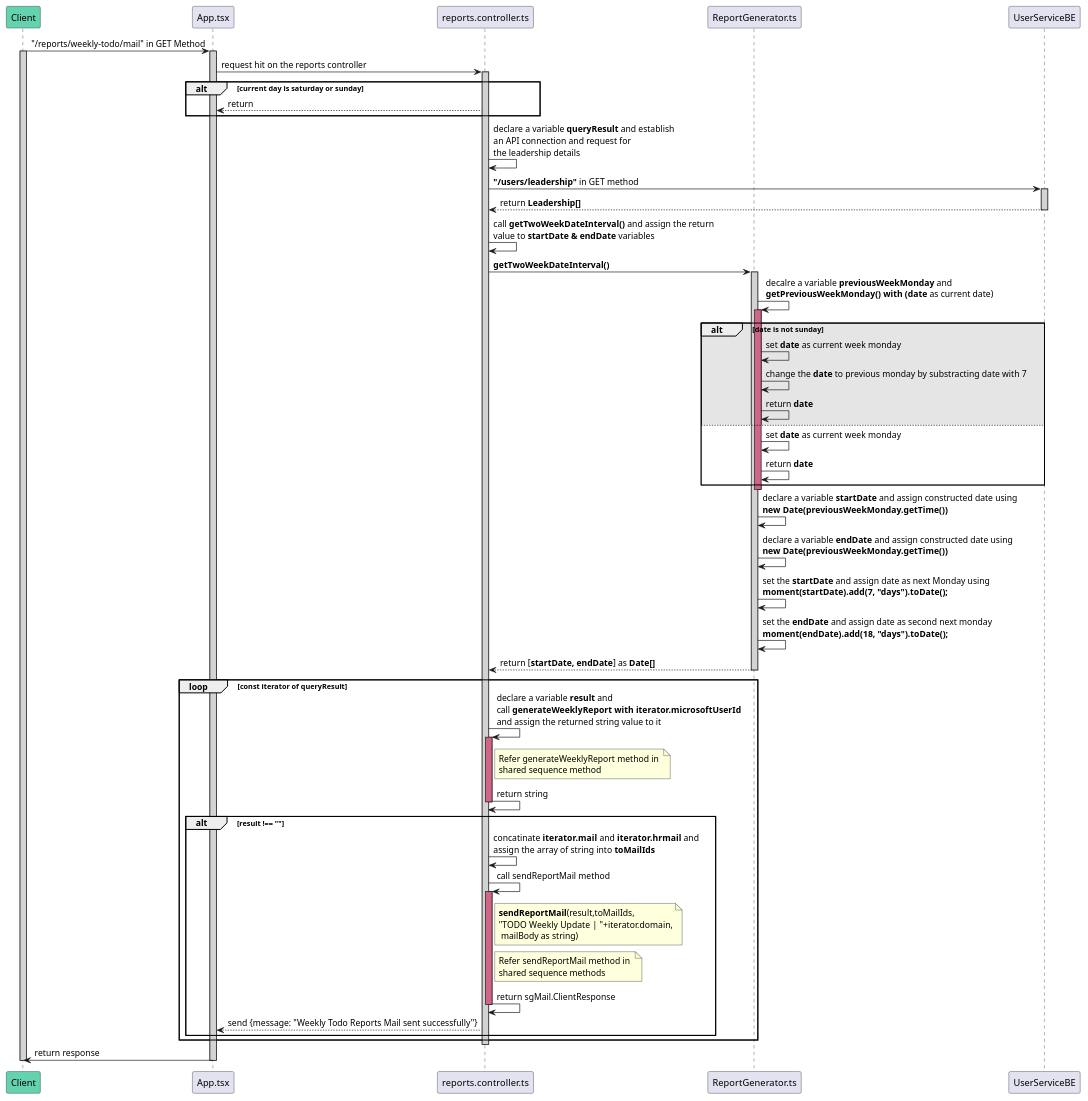
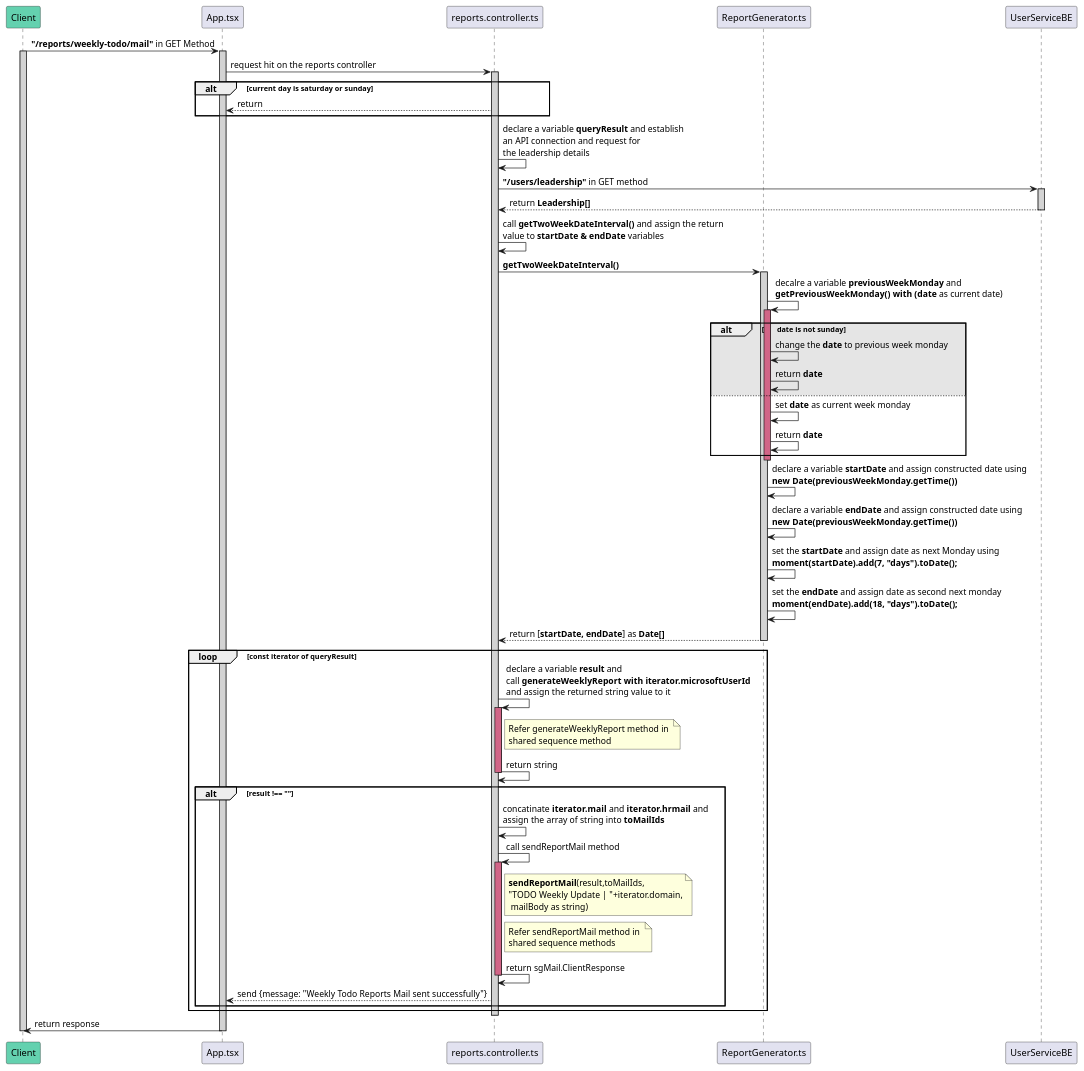
One commit to avasoft-mobility/workday-design changed the diagram in backend/services_design/report_service/sequence_diagram/weekly_todo_mail.sequence.puml. Above: the diagram before and after it, drawn with PlantUML. The commit also changed 1 other file, not shown here.

Commit message:
Change code into word in reports service

```diff
--- a/backend/services_design/report_service/sequence_diagram/weekly_todo_mail.sequence.puml
+++ b/backend/services_design/report_service/sequence_diagram/weekly_todo_mail.sequence.puml
@@ -1,69 +1,68 @@
 @startuml Weekly Todo Mail
 
 participant Client #64D1AF
 participant App.tsx
 participant reports.controller.ts
 participant ReportGenerator.ts
 
-Client -> App.tsx : "/reports/weekly-todo/mail" in GET Method
+Client -> App.tsx : **"/reports/weekly-todo/mail"** in GET Method
 activate Client #D3D3D3
 activate App.tsx #D3D3D3
 
 App.tsx -> reports.controller.ts : request hit on the reports controller
 activate reports.controller.ts #D3D3D3
 
 alt current day is saturday or sunday 
     App.tsx <-- reports.controller.ts : return 
 end
 reports.controller.ts -> reports.controller.ts : declare a variable **queryResult** and establish \nan API connection and request for \nthe leadership details
 reports.controller.ts -> UserServiceBE : **"/users/leadership"** in GET method
 activate UserServiceBE #D3D3D3
     reports.controller.ts <-- UserServiceBE : return **Leadership[]**
 deactivate UserServiceBE
 reports.controller.ts -> reports.controller.ts : call **getTwoWeekDateInterval()** and assign the return \nvalue to **startDate & endDate** variables
 reports.controller.ts -> ReportGenerator.ts : **getTwoWeekDateInterval()**
 activate ReportGenerator.ts #D3D3D3
     ReportGenerator.ts -> ReportGenerator.ts : decalre a variable **previousWeekMonday** and \n**getPreviousWeekMonday() with (date** as current date)
     activate ReportGenerator.ts #D16587
-        alt #0000001a date is not sunday
-            ReportGenerator.ts -> ReportGenerator.ts : set **date** as current week monday
-            ReportGenerator.ts -> ReportGenerator.ts : change the **date** to previous monday by substracting date with 7
+        alt #0000001a \tdate is not sunday
+            ReportGenerator.ts -> ReportGenerator.ts : change the **date** to previous week monday
             ReportGenerator.ts -> ReportGenerator.ts : return **date**
         else #FFFFFF
             ReportGenerator.ts -> ReportGenerator.ts : set **date** as current week monday
             ReportGenerator.ts -> ReportGenerator.ts : return **date**
         end
     deactivate ReportGenerator.ts
     ReportGenerator.ts -> ReportGenerator.ts : declare a variable **startDate** and assign constructed date using\n**new Date(previousWeekMonday.getTime())**
     ReportGenerator.ts -> ReportGenerator.ts : declare a variable **endDate** and assign constructed date using\n**new Date(previousWeekMonday.getTime())**
     ReportGenerator.ts -> ReportGenerator.ts : set the **startDate** and assign date as next Monday using\n**moment(startDate).add(7, "days").toDate();**
     ReportGenerator.ts -> ReportGenerator.ts : set the **endDate** and assign date as second next monday\n**moment(endDate).add(18, "days").toDate();**
     reports.controller.ts <-- ReportGenerator.ts : return [**startDate, endDate**] as **Date[]**
 deactivate ReportGenerator.ts
 
 loop const iterator of queryResult
     reports.controller.ts -> reports.controller.ts : declare a variable **result** and \ncall **generateWeeklyReport with iterator.microsoftUserId** \nand assign the returned string value to it
     activate reports.controller.ts #D16587
         note right of reports.controller.ts : Refer generateWeeklyReport method in \nshared sequence method
         reports.controller.ts -> reports.controller.ts : return string
     deactivate reports.controller.ts
 
     alt result !== ""
         reports.controller.ts -> reports.controller.ts : concatinate **iterator.mail** and **iterator.hrmail** and \nassign the array of string into **toMailIds**
         reports.controller.ts -> reports.controller.ts : call sendReportMail method
         activate reports.controller.ts #D16587
             note right of reports.controller.ts : **sendReportMail**(result,toMailIds,\n"TODO Weekly Update | "+iterator.domain,\n mailBody as string)
             note right of reports.controller.ts : Refer sendReportMail method in \nshared sequence methods
             reports.controller.ts -> reports.controller.ts : return sgMail.ClientResponse
         deactivate reports.controller.ts 
         App.tsx <-- reports.controller.ts : send {message: "Weekly Todo Reports Mail sent successfully"}
     end
 end
 
 
 deactivate reports.controller.ts
 App.tsx  -> Client: return response
 
 deactivate App.tsx
 deactivate Client
 @enduml
```
